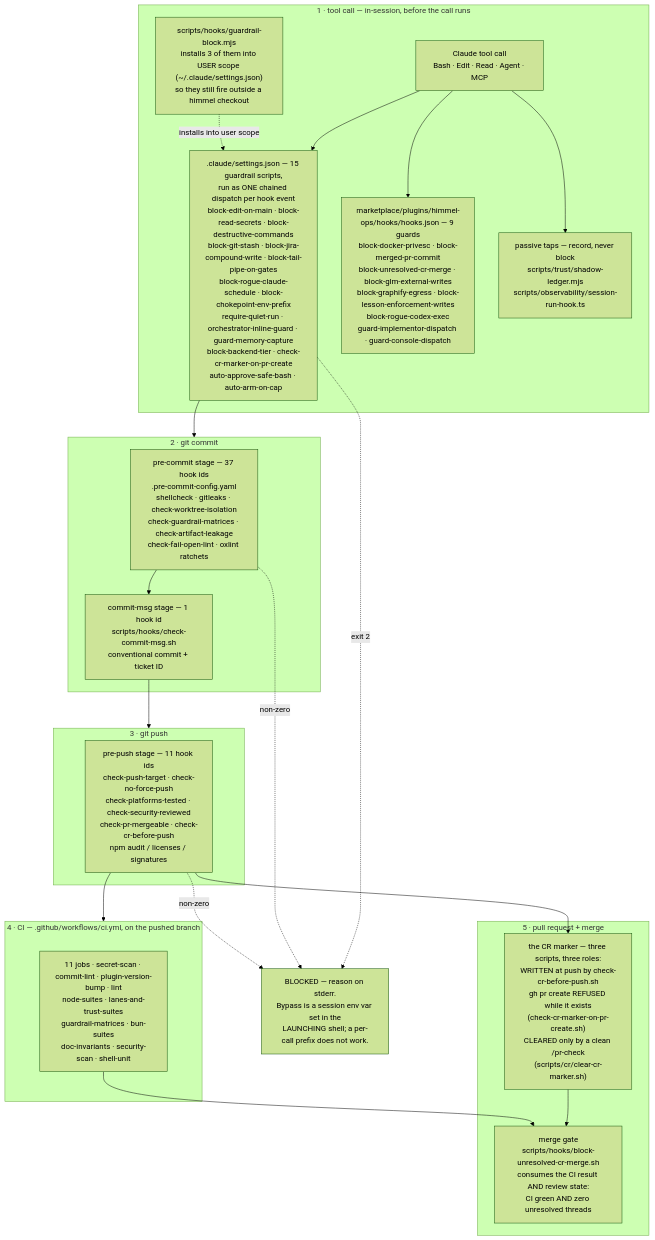
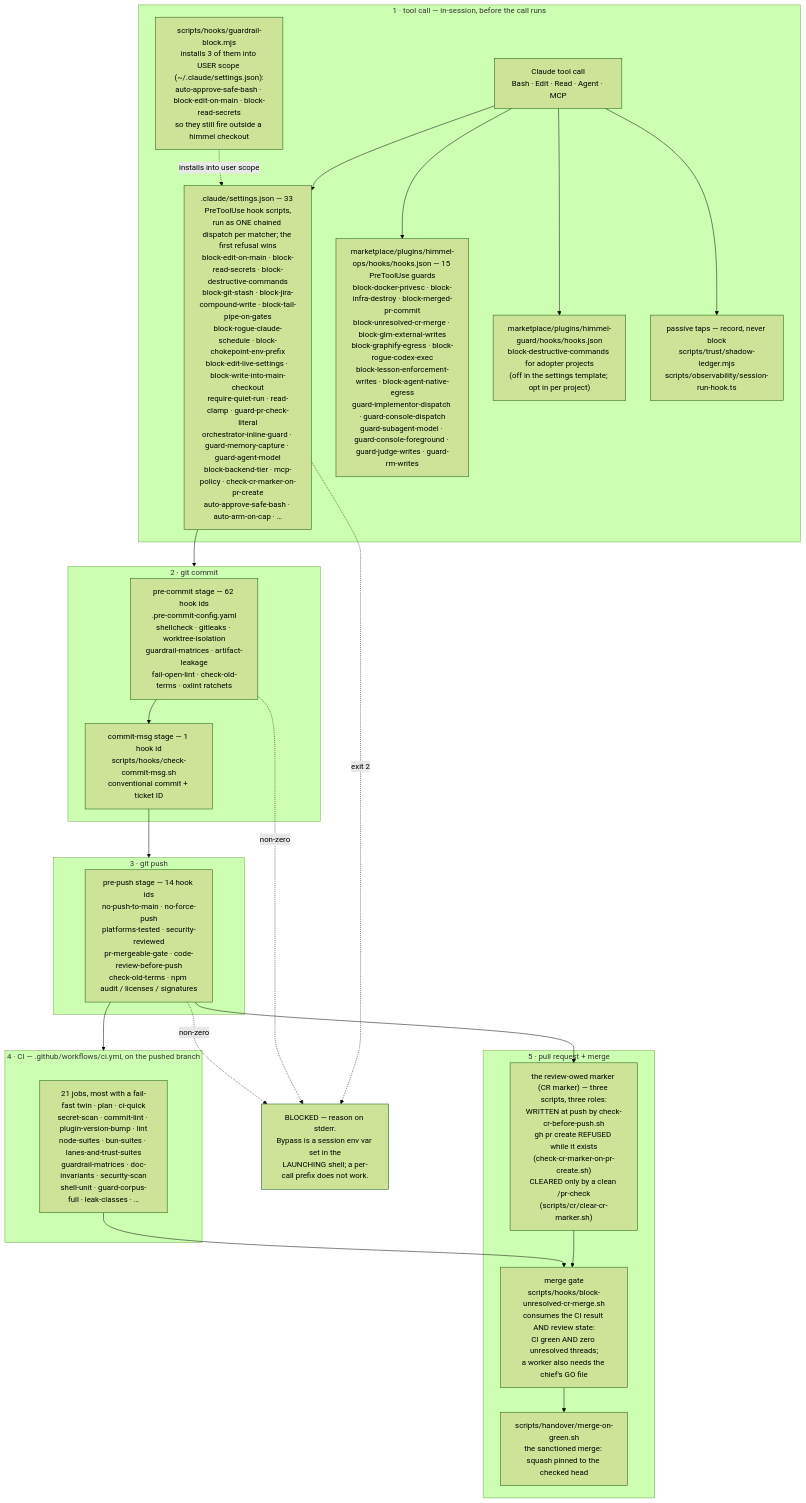
The first of 5 diagrams in docs/architecture.md (yotamleo-org/Himmel), drawn with Mermaid (forest theme) before and after one commit. The commit also changed other lines of this file and 4 other files, not shown here.

First line of the commit message:
docs(site): [HIMMEL-6284] the v1.1.3 docs and design review pack

````diff
--- a/docs/architecture.md
+++ b/docs/architecture.md
@@ -34,44 +46,48 @@
 ```mermaid
 flowchart TD
     subgraph S1["1 · tool call — in-session, before the call runs"]
         TC["Claude tool call<br/>Bash · Edit · Read · Agent · MCP"]
-        H1[".claude/settings.json — 15 guardrail scripts,<br/>run as ONE chained dispatch per hook event<br/>block-edit-on-main · block-read-secrets · block-destructive-commands<br/>block-git-stash · block-jira-compound-write · block-tail-pipe-on-gates<br/>block-rogue-claude-schedule · block-chokepoint-env-prefix<br/>require-quiet-run · orchestrator-inline-guard · guard-memory-capture<br/>block-backend-tier · check-cr-marker-on-pr-create<br/>auto-approve-safe-bash · auto-arm-on-cap"]
-        H2["marketplace/plugins/himmel-ops/hooks/hooks.json — 9 guards<br/>block-docker-privesc · block-merged-pr-commit<br/>block-unresolved-cr-merge · block-glm-external-writes<br/>block-graphify-egress · block-lesson-enforcement-writes<br/>block-rogue-codex-exec<br/>guard-implementor-dispatch · guard-console-dispatch"]
-        H3["scripts/hooks/guardrail-block.mjs<br/>installs 3 of them into USER scope (~/.claude/settings.json)<br/>so they still fire outside a himmel checkout"]
+        H1[".claude/settings.json — 33 PreToolUse hook scripts,<br/>run as ONE chained dispatch per matcher; the first refusal wins<br/>block-edit-on-main · block-read-secrets · block-destructive-commands<br/>block-git-stash · block-jira-compound-write · block-tail-pipe-on-gates<br/>block-rogue-claude-schedule · block-chokepoint-env-prefix<br/>block-edit-live-settings · block-write-into-main-checkout<br/>require-quiet-run · read-clamp · guard-pr-check-literal<br/>orchestrator-inline-guard · guard-memory-capture · guard-agent-model<br/>block-backend-tier · mcp-policy · check-cr-marker-on-pr-create<br/>auto-approve-safe-bash · auto-arm-on-cap · …"]
+        H2["marketplace/plugins/himmel-ops/hooks/hooks.json — 15 PreToolUse guards<br/>block-docker-privesc · block-infra-destroy · block-merged-pr-commit<br/>block-unresolved-cr-merge · block-glm-external-writes<br/>block-graphify-egress · block-rogue-codex-exec<br/>block-lesson-enforcement-writes · block-agent-native-egress<br/>guard-implementor-dispatch · guard-console-dispatch<br/>guard-subagent-model · guard-console-foreground · guard-judge-writes · guard-rm-writes"]
+        HG["marketplace/plugins/himmel-guard/hooks/hooks.json<br/>block-destructive-commands for adopter projects<br/>(off in the settings template; opt in per project)"]
+        H3["scripts/hooks/guardrail-block.mjs<br/>installs 3 of them into USER scope (~/.claude/settings.json):<br/>auto-approve-safe-bash · block-edit-on-main · block-read-secrets<br/>so they still fire outside a himmel checkout"]
         H4["passive taps — record, never block<br/>scripts/trust/shadow-ledger.mjs<br/>scripts/observability/session-run-hook.ts"]
         TC --> H1
         TC --> H2
+        TC --> HG
         TC --> H4
         H3 -.->|"installs into user scope"| H1
     end
 
     subgraph S2["2 · git commit"]
-        PC["pre-commit stage — 37 hook ids<br/>.pre-commit-config.yaml<br/>shellcheck · gitleaks · check-worktree-isolation<br/>check-guardrail-matrices · check-artifact-leakage<br/>check-fail-open-lint · oxlint ratchets"]
+        PC["pre-commit stage — 62 hook ids<br/>.pre-commit-config.yaml<br/>shellcheck · gitleaks · worktree-isolation<br/>guardrail-matrices · artifact-leakage<br/>fail-open-lint · check-old-terms · oxlint ratchets"]
         CM["commit-msg stage — 1 hook id<br/>scripts/hooks/check-commit-msg.sh<br/>conventional commit + ticket ID"]
         PC --> CM
     end
 
     subgraph S3["3 · git push"]
-        PP["pre-push stage — 11 hook ids<br/>check-push-target · check-no-force-push<br/>check-platforms-tested · check-security-reviewed<br/>check-pr-mergeable · check-cr-before-push<br/>npm audit / licenses / signatures"]
+        PP["pre-push stage — 14 hook ids<br/>no-push-to-main · no-force-push<br/>platforms-tested · security-reviewed<br/>pr-mergeable-gate · code-review-before-push<br/>check-old-terms · npm audit / licenses / signatures"]
     end
 
     subgraph S4["4 · CI — .github/workflows/ci.yml, on the pushed branch"]
-        CI["11 jobs · secret-scan · commit-lint · plugin-version-bump · lint<br/>node-suites · lanes-and-trust-suites<br/>guardrail-matrices · bun-suites<br/>doc-invariants · security-scan · shell-unit"]
+        CI["21 jobs, most with a fail-fast twin · plan · ci-quick<br/>secret-scan · commit-lint · plugin-version-bump · lint<br/>node-suites · bun-suites · lanes-and-trust-suites<br/>guardrail-matrices · doc-invariants · security-scan<br/>shell-unit · guard-corpus-full · leak-classes · …"]
     end
 
     subgraph S5["5 · pull request + merge"]
-        CR["the CR marker — three scripts, three roles:<br/>WRITTEN at push by check-cr-before-push.sh<br/>gh pr create REFUSED while it exists<br/>(check-cr-marker-on-pr-create.sh)<br/>CLEARED only by a clean /pr-check<br/>(scripts/cr/clear-cr-marker.sh)"]
-        MG["merge gate<br/>scripts/hooks/block-unresolved-cr-merge.sh<br/>consumes the CI result AND review state:<br/>CI green AND zero unresolved threads"]
+        CR["the review-owed marker (CR marker) — three scripts, three roles:<br/>WRITTEN at push by check-cr-before-push.sh<br/>gh pr create REFUSED while it exists<br/>(check-cr-marker-on-pr-create.sh)<br/>CLEARED only by a clean /pr-check<br/>(scripts/cr/clear-cr-marker.sh)"]
+        MG["merge gate<br/>scripts/hooks/block-unresolved-cr-merge.sh<br/>consumes the CI result AND review state:<br/>CI green AND zero unresolved threads;<br/>a worker also needs the chief's GO file"]
+        MOG["scripts/handover/merge-on-green.sh<br/>the sanctioned merge: squash pinned to the checked head"]
         CR --> MG
+        MG --> MOG
     end
 
     H1 --> S2
     CM --> S3
     PP --> S4
     PP --> CR
     CI --> MG
 
     H1 -.->|"exit 2"| BLOCK["BLOCKED — reason on stderr.<br/>Bypass is a session env var set in the<br/>LAUNCHING shell; a per-call prefix does not work."]
     PC -.->|"non-zero"| BLOCK
     PP -.->|"non-zero"| BLOCK
 ```
````
